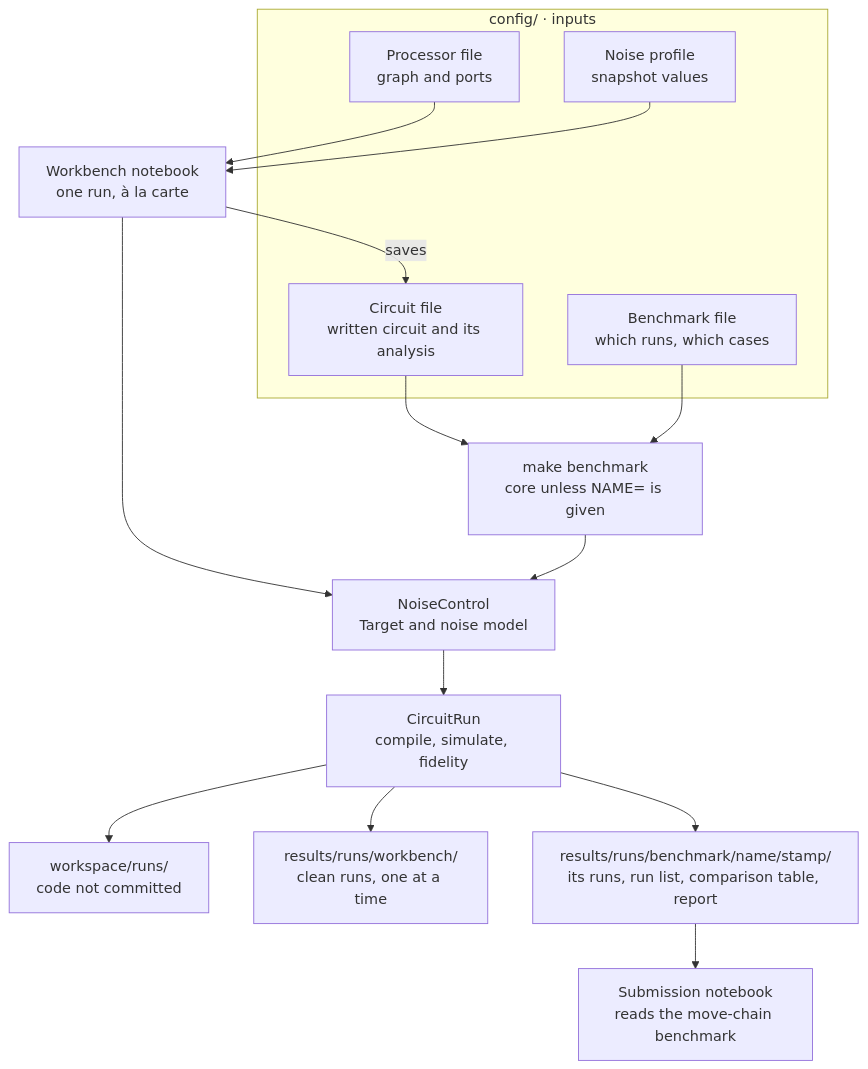
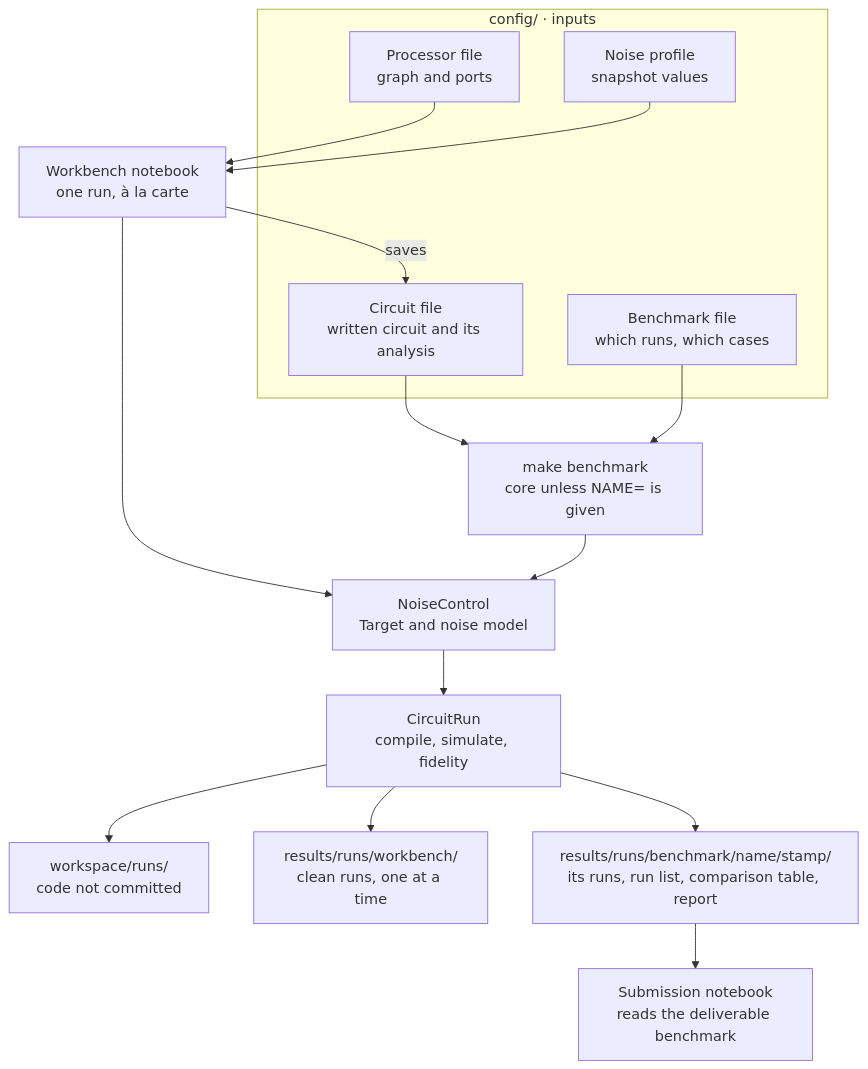
Before and after one commit to Rickory2021/bell-transport-bench: the diagram in docs/DESIGN.md, drawn with Mermaid. The commit also changed other lines of this file and 1 other file, not shown here.

First line of the commit message:
docs(docs): describe the deliverable benchmark and the reported strategy

````diff
--- a/docs/DESIGN.md
+++ b/docs/DESIGN.md
@@ -22,27 +22,27 @@
 ```mermaid
 flowchart TD
   subgraph config["config/ · inputs"]
     P["Processor file<br/>graph and ports"]
     N["Noise profile<br/>snapshot values"]
     C["Circuit file<br/>written circuit and its analysis"]
     B["Benchmark file<br/>which runs, which cases"]
   end
   T["Workbench notebook<br/>one run, à la carte"]
   M["make benchmark<br/>core unless NAME= is given"]
   NC["NoiseControl<br/>Target and noise model"]
   CR["CircuitRun<br/>compile, simulate, fidelity"]
   W["workspace/runs/<br/>code not committed"]
   R["results/runs/workbench/<br/>clean runs, one at a time"]
   ST["results/runs/benchmark/name/stamp/<br/>its runs, run list, comparison table, report"]
-  SUB["Submission notebook<br/>reads the move-chain benchmark"]
+  SUB["Submission notebook<br/>reads the deliverable benchmark"]
   P & N --> T
   T -- saves --> C
   C & B --> M
   T --> NC
   M --> NC
   NC --> CR
   CR --> W
   CR --> R
   CR --> ST
   ST --> SUB
 ```
````
